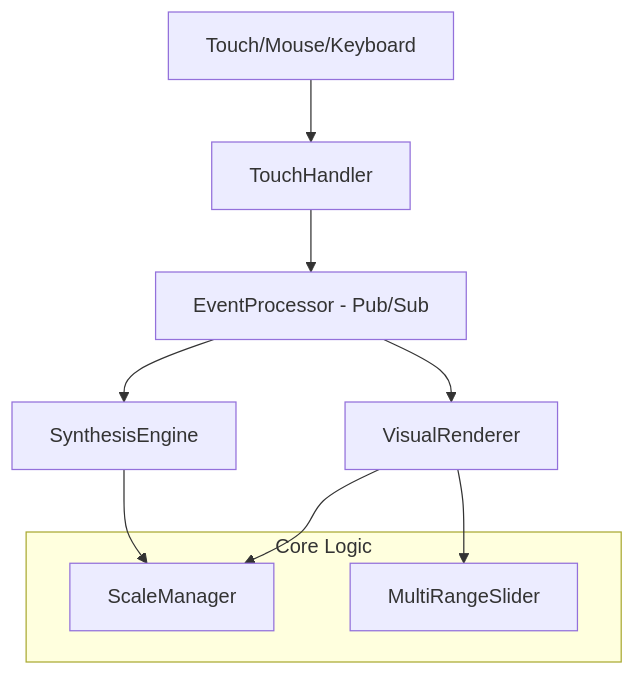
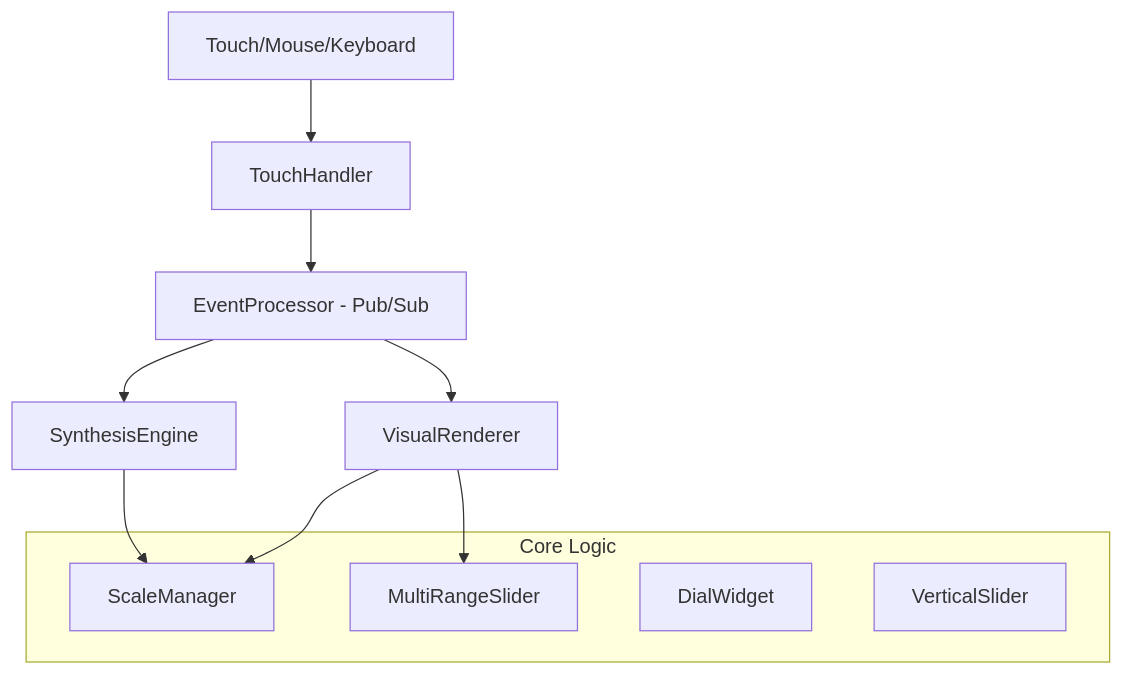
One commit to alaaosh/pentatonic changed the diagram in docs/design.md. Above: the diagram before and after it, drawn with Mermaid. The commit also changed other lines of this file, not shown here.

Commit message:
docs: update Design Document with microtonal features and future roadmap

````diff
--- a/docs/design.md
+++ b/docs/design.md
@@ -13,16 +13,18 @@
 ```mermaid
 graph TB
     A[Touch/Mouse/Keyboard] --> B[TouchHandler]
     B --> C[EventProcessor - Pub/Sub]
     C --> D[SynthesisEngine]
     C --> E[VisualRenderer]
     
     subgraph "Core Logic"
         F[ScaleManager]
         G[MultiRangeSlider]
+        H[DialWidget]
+        I[VerticalSlider]
     end
     
     D --> F
     E --> F
     E --> G
 ```
````
